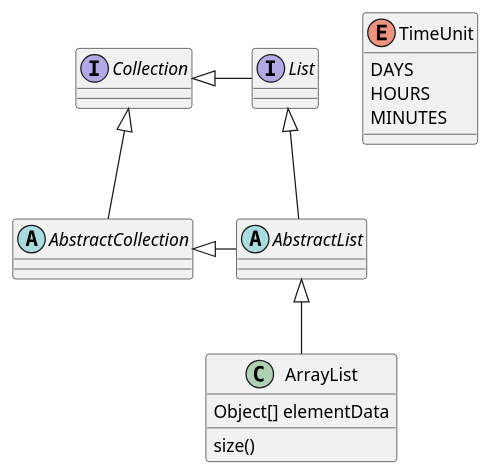
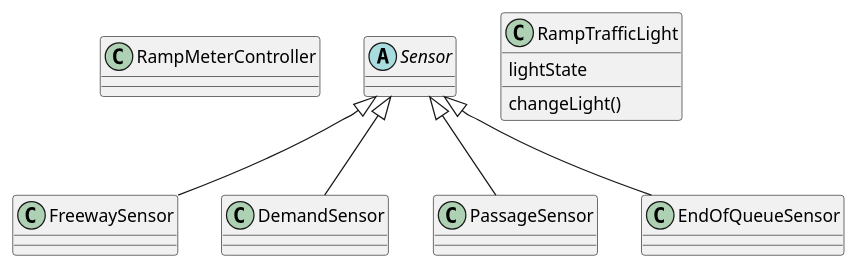
One commit to MaksimKarnaukh/MoSIS changed the diagram in 01_RequirementsChecking/class_diagram.puml. Above: the diagram before and after it, drawn with PlantUML.

Commit message:
class dia beginning

```diff
--- a/01_RequirementsChecking/class_diagram.puml
+++ b/01_RequirementsChecking/class_diagram.puml
@@ -1,26 +1,28 @@
 @startuml
 
-abstract class AbstractList
-abstract AbstractCollection
-interface List
-interface Collection
-
-List <|-- AbstractList
-Collection <|-- AbstractCollection
-
-Collection <|- List
-AbstractCollection <|- AbstractList
-AbstractList <|-- ArrayList
-
-class ArrayList {
-Object[] elementData
-size()
+class RampMeterController {
 }
 
-enum TimeUnit {
-DAYS
-HOURS
-MINUTES
+abstract class Sensor {
+}
+
+Sensor <|-- FreewaySensor
+Sensor <|-- DemandSensor
+Sensor <|-- PassageSensor
+Sensor <|-- EndOfQueueSensor
+
+class FreewaySensor {
+}
+class DemandSensor {
+}
+class PassageSensor {
+}
+class EndOfQueueSensor {
+}
+
+class RampTrafficLight {
+lightState
+changeLight()
 }
 
 @enduml
```
